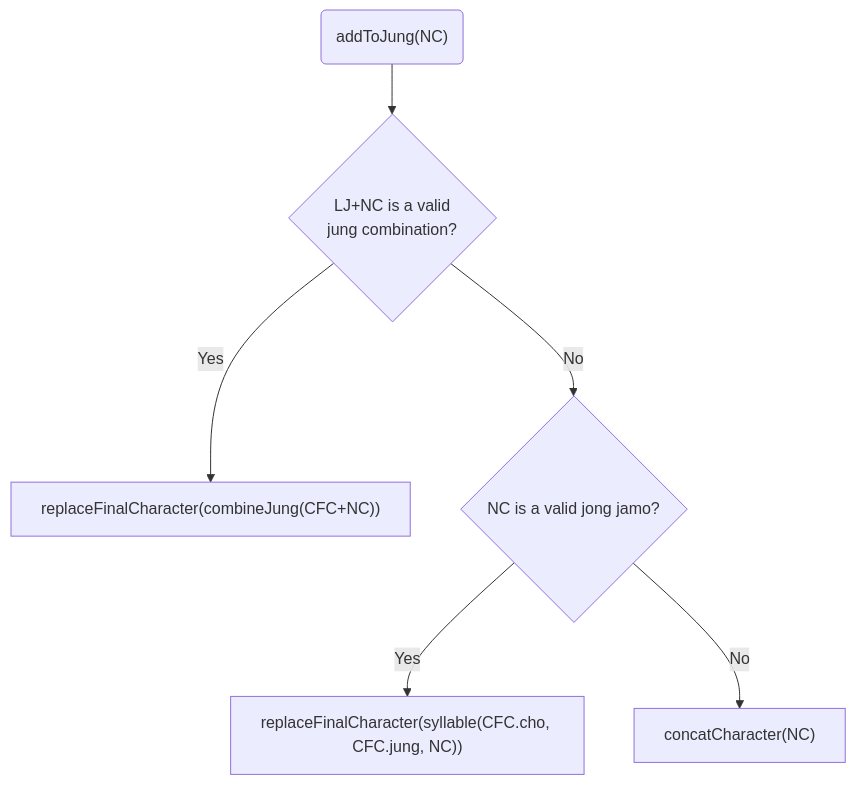
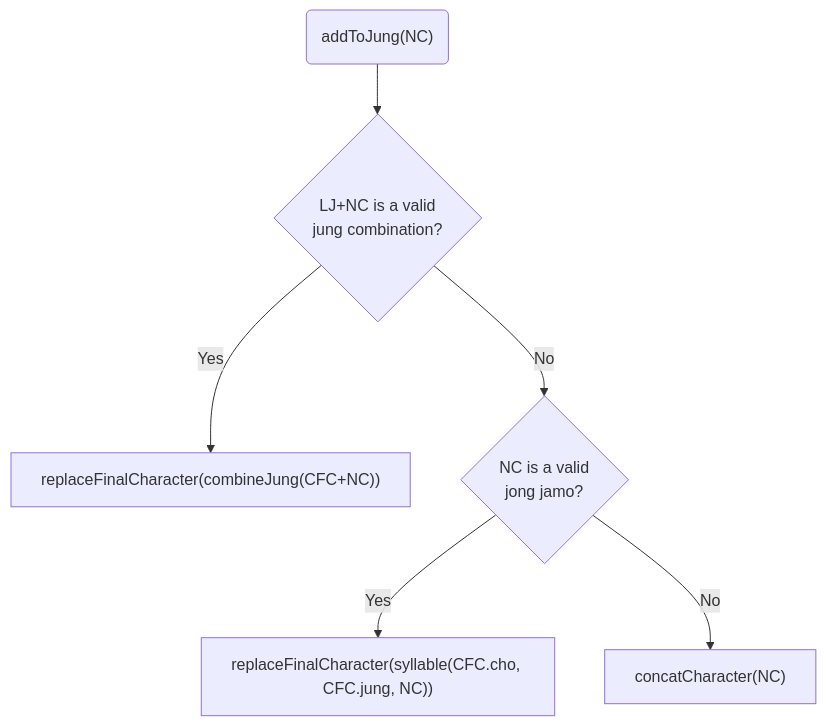
One commit to gsouf/dart-hangul changed the third of 4 diagrams in doc/dev/hangul_input_flow.md. Above: the diagram before and after it, drawn with Mermaid. The commit also changed other lines of this file, not shown here.

````diff
--- a/doc/dev/hangul_input_flow.md
+++ b/doc/dev/hangul_input_flow.md
@@ -46,8 +46,8 @@
 ```mermaid
 graph TD
   A("addToJung(NC)") --> B{LJ+NC is a valid<br/>jung combination?}
   B --> |Yes| C["replaceFinalCharacter(combineJung(CFC+NC))"]
-  B --> |No| D{NC is a valid jong jamo?}
+  B --> |No| D{NC is a valid<br/>jong jamo?}
   D --> |Yes| E["replaceFinalCharacter(syllable(CFC.cho, CFC.jung, NC))"]
   D --> |No| F["concatCharacter(NC)"]
 ```
````
